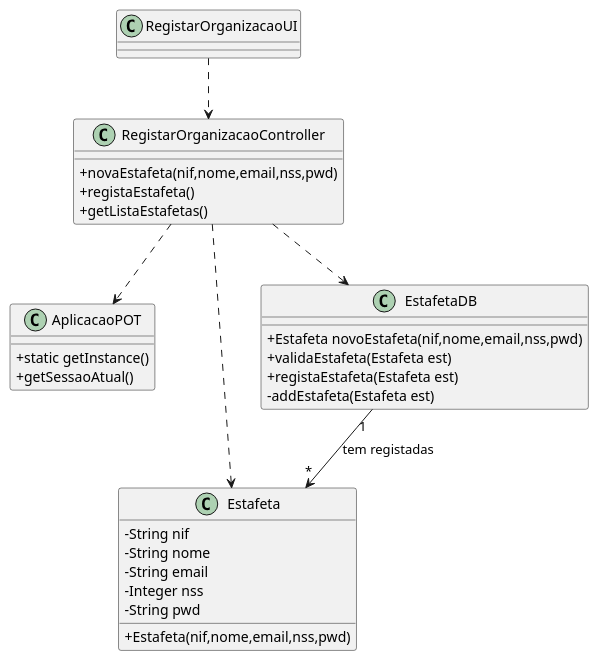
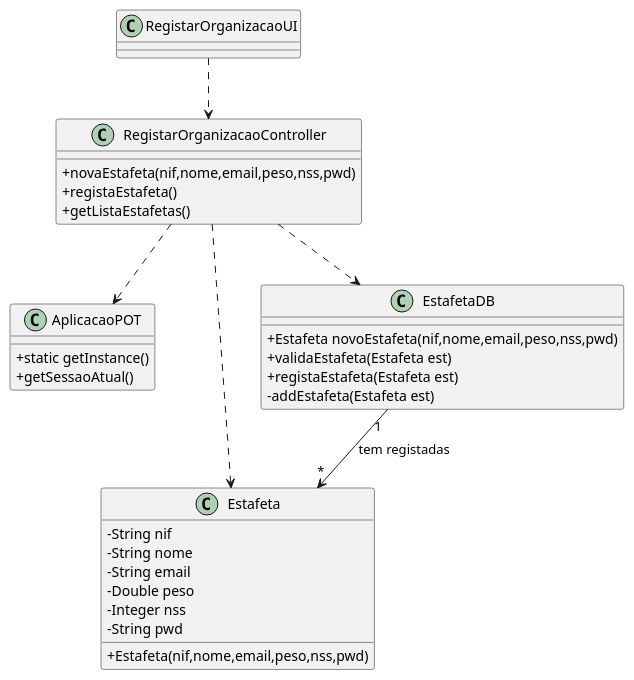
The diagram in docs/UC21/UC21_RegistarEstafetaCD.puml (pedrolemos4/LAPR3), drawn with PlantUML before and after one commit. The commit also changed 7 other files, not shown here.

```diff
--- a/docs/UC21/UC21_RegistarEstafetaCD.puml
+++ b/docs/UC21/UC21_RegistarEstafetaCD.puml
@@ -1,42 +1,43 @@
 @startuml
 skinparam classAttributeIconSize 0
 
 class AplicacaoPOT
 {
   +static getInstance()
   +getSessaoAtual()
 }
 
 class Estafeta {
   -String nif
   -String nome
   -String email
+  -Double peso
   -Integer nss
   -String pwd
-  +Estafeta(nif,nome,email,nss,pwd)
+  +Estafeta(nif,nome,email,peso,nss,pwd)
 }
 
 class EstafetaDB {
-  +Estafeta novoEstafeta(nif,nome,email,nss,pwd)
+  +Estafeta novoEstafeta(nif,nome,email,peso,nss,pwd)
   +validaEstafeta(Estafeta est)
   +registaEstafeta(Estafeta est)
   -addEstafeta(Estafeta est)
 }
 
 class RegistarOrganizacaoController {
-    +novaEstafeta(nif,nome,email,nss,pwd)
+    +novaEstafeta(nif,nome,email,peso,nss,pwd)
     +registaEstafeta()
     +getListaEstafetas()
 }
 
 class RegistarOrganizacaoUI {
 }
 
 RegistarOrganizacaoUI ..> RegistarOrganizacaoController
 RegistarOrganizacaoController ..> EstafetaDB
 RegistarOrganizacaoController ..> Estafeta
 RegistarOrganizacaoController ..> AplicacaoPOT
 
 EstafetaDB "1" --> "*" Estafeta : tem registadas
 
 @enduml
```
